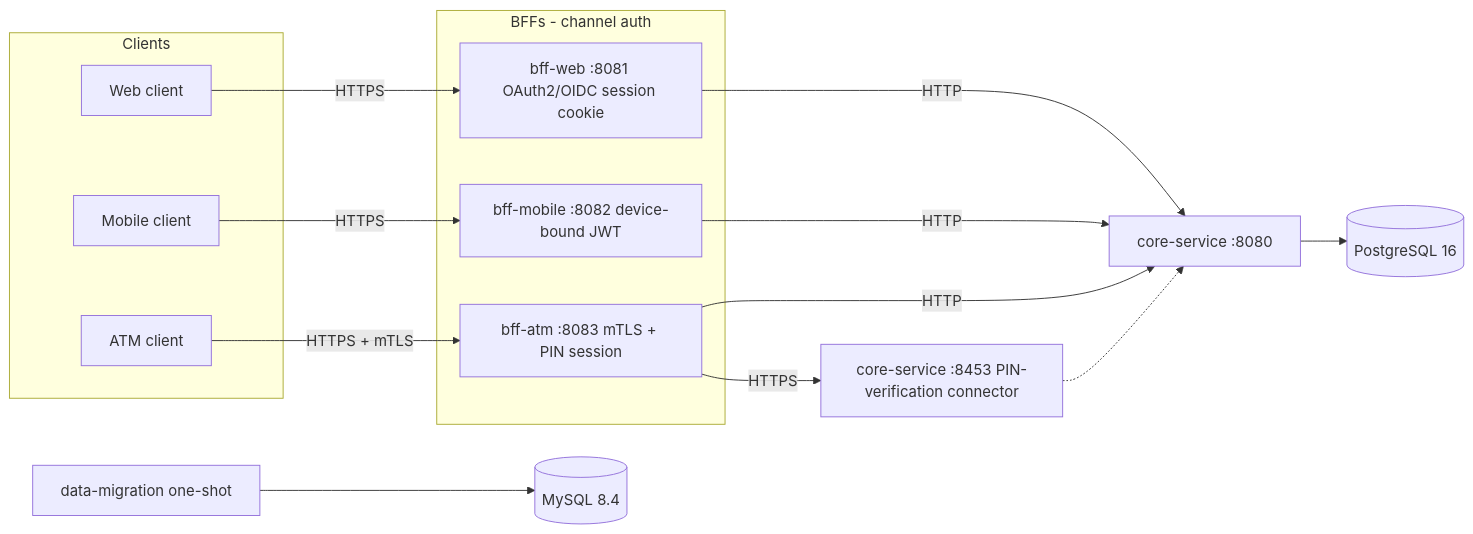
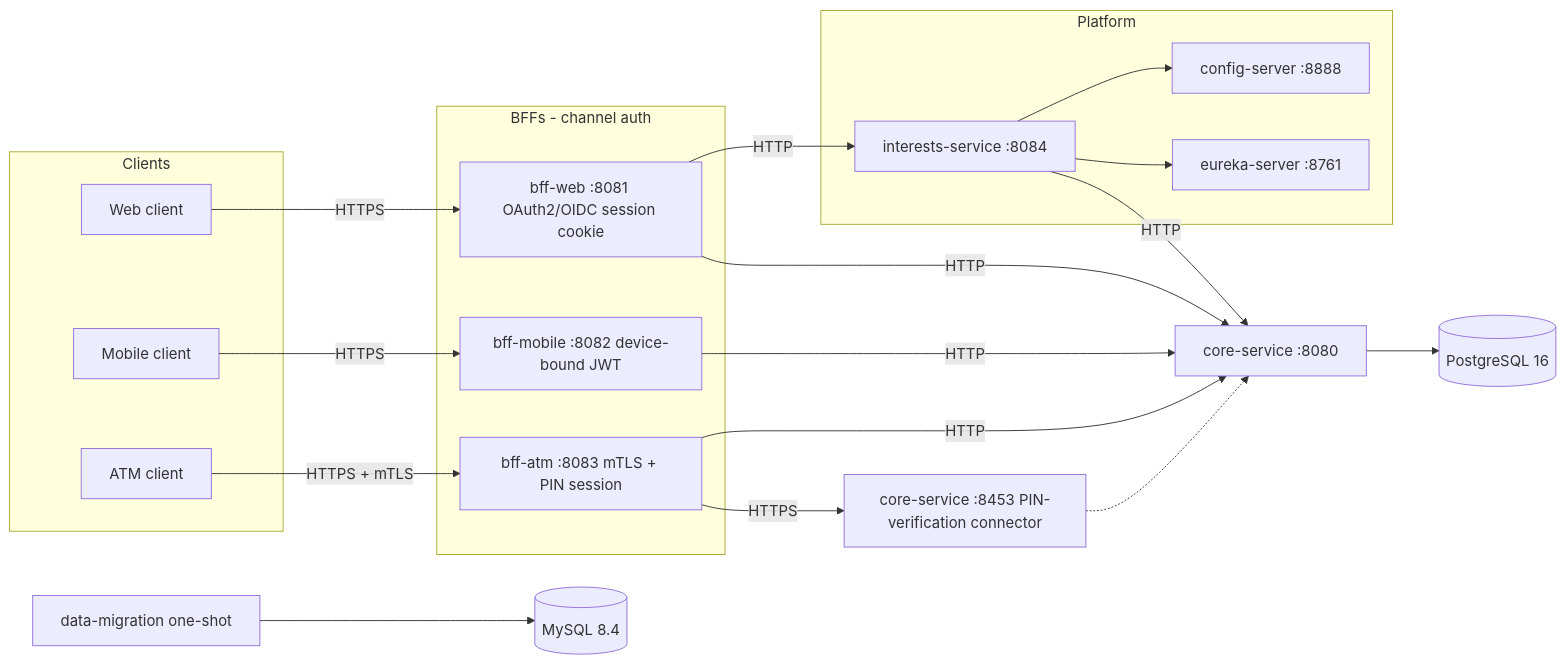
The diagram in README.md (L0ncho/xyz_bank_server), drawn with Mermaid before and after one commit. The commit also changed other lines of this file and 74 other files, not shown here.

Commit message:
feat: extract interests-service behind config-server, Eureka, and bff-web routing

````diff
--- a/README.md
+++ b/README.md
@@ -19,31 +19,41 @@
 ```mermaid
 flowchart LR
   subgraph clients [Clients]
     WebClient[Web client]
     MobileClient[Mobile client]
     AtmClient[ATM client]
   end
 
   subgraph bffs [BFFs - channel auth]
     BffWeb[bff-web :8081 OAuth2/OIDC session cookie]
     BffMobile[bff-mobile :8082 device-bound JWT]
     BffAtm[bff-atm :8083 mTLS + PIN session]
   end
 
+  subgraph platform [Platform]
+    ConfigServer[config-server :8888]
+    EurekaServer[eureka-server :8761]
+    InterestsService[interests-service :8084]
+  end
+
   CoreService[core-service :8080]
   CoreServicePin[core-service :8453 PIN-verification connector]
   Postgres[(PostgreSQL 16)]
   MySQL[(MySQL 8.4)]
   Migration[data-migration one-shot]
 
   WebClient -- HTTPS --> BffWeb
   MobileClient -- HTTPS --> BffMobile
   AtmClient -- HTTPS + mTLS --> BffAtm
   BffWeb -- HTTP --> CoreService
+  BffWeb -- HTTP --> InterestsService
   BffMobile -- HTTP --> CoreService
   BffAtm -- HTTP --> CoreService
   BffAtm -- HTTPS --> CoreServicePin
+  InterestsService -- HTTP --> CoreService
+  InterestsService --> ConfigServer
+  InterestsService --> EurekaServer
   CoreService --> Postgres
   CoreServicePin -.-> CoreService
   Migration --> MySQL
 ```
````
